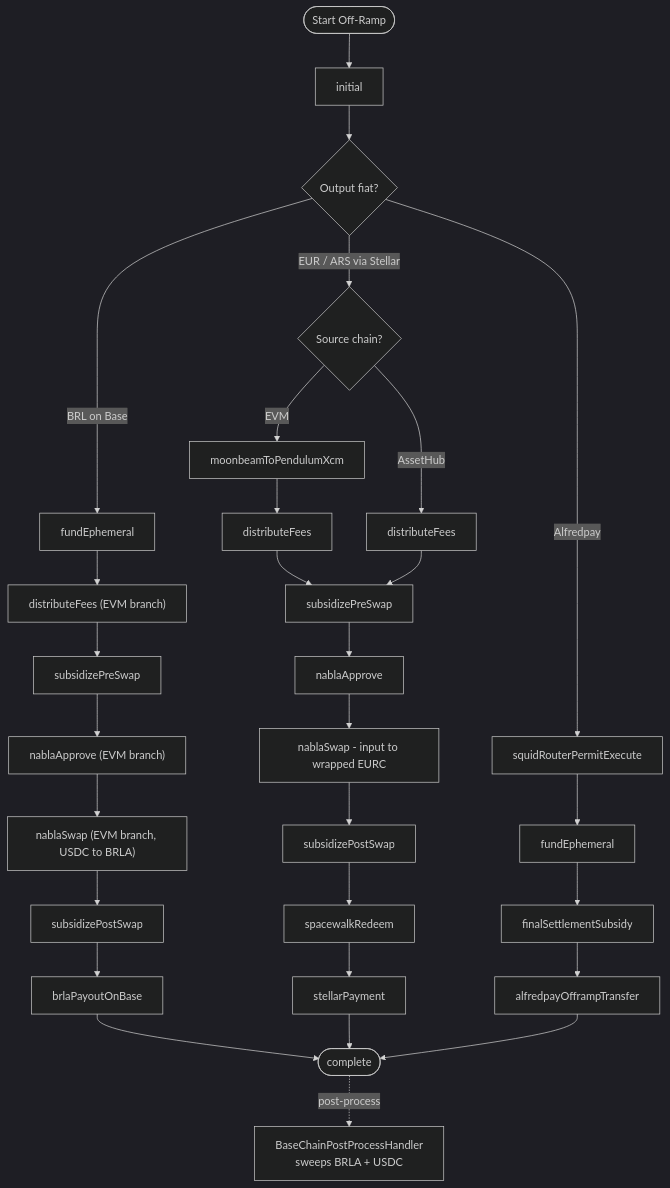
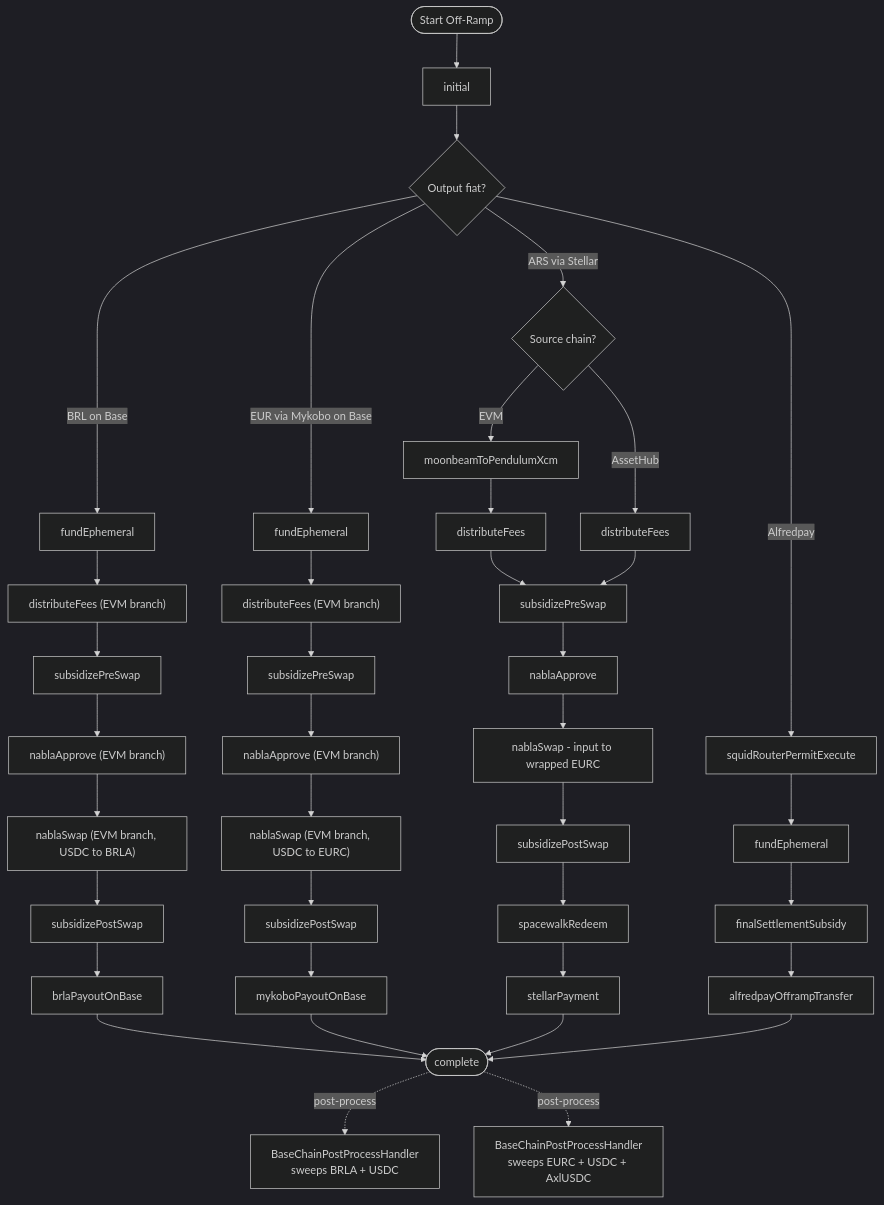
One commit to pendulum-chain/vortex changed the second of 2 diagrams in docs/security-spec/03-ramp-engine/ramp-phase-flows.md. Above: the diagram before and after it, drawn with Mermaid (dark theme). The commit also changed other lines of this file and 1 other file, not shown here.

First line of the commit message:
docs(security-spec): add Mykobo EUR-on-Base spec and update ramp phase flows

````diff
--- a/docs/security-spec/03-ramp-engine/ramp-phase-flows.md
+++ b/docs/security-spec/03-ramp-engine/ramp-phase-flows.md
@@ -115,40 +118,53 @@
 ```mermaid
 graph TD
     Start([Start Off-Ramp]) --> Init[initial]
     Init --> Corridor{Output fiat?}
 
     %% --- BRL via Avenia/BRLA on Base ---
     %% The user-signed Squid bridge (source EVM -> Base USDC) is submitted client-side
     %% before the backend runtime starts; squidRouterPay is a no-op for SELL.
     %% AssetHub -> BRL is temporarily disabled at quote eligibility.
     Corridor -->|BRL on Base| BrlFund[fundEphemeral]
     BrlFund --> BrlDistEvm["distributeFees (EVM branch)"]
     BrlDistEvm --> BrlSubPreEvm[subsidizePreSwap]
     BrlSubPreEvm --> BrlApproveEvm["nablaApprove (EVM branch)"]
     BrlApproveEvm --> BrlSwapEvm["nablaSwap (EVM branch, USDC to BRLA)"]
     BrlSwapEvm --> BrlSubPostEvm[subsidizePostSwap]
     BrlSubPostEvm --> BrlPayout[brlaPayoutOnBase]
     BrlPayout --> Complete([complete])
-    Complete -.post-process.-> BaseCleanup[BaseChainPostProcessHandler<br/>sweeps BRLA + USDC]
+    Complete -.post-process.-> BaseCleanupBrl[BaseChainPostProcessHandler<br/>sweeps BRLA + USDC]
 
-    %% --- Stellar-anchored fiat (EUR / ARS) ---
-    Corridor -->|EUR / ARS via Stellar| StellarStart{Source chain?}
+    %% --- EUR via Mykobo on Base ---
+    %% The user-signed Squid bridge (source EVM -> Base USDC) is submitted client-side
+    %% before the backend runtime starts. Replaces the legacy Stellar-anchored EUR off-ramp.
+    Corridor -->|EUR via Mykobo on Base| MykFund[fundEphemeral]
+    MykFund --> MykDistEvm["distributeFees (EVM branch)"]
+    MykDistEvm --> MykSubPreEvm[subsidizePreSwap]
+    MykSubPreEvm --> MykApproveEvm["nablaApprove (EVM branch)"]
+    MykApproveEvm --> MykSwapEvm["nablaSwap (EVM branch, USDC to EURC)"]
+    MykSwapEvm --> MykSubPostEvm[subsidizePostSwap]
+    MykSubPostEvm --> MykPayout[mykoboPayoutOnBase]
+    MykPayout --> Complete
+    Complete -.post-process.-> BaseCleanupEur[BaseChainPostProcessHandler<br/>sweeps EURC + USDC + AxlUSDC]
+
+    %% --- ARS via Stellar (EUR was migrated to Mykobo) ---
+    Corridor -->|ARS via Stellar| StellarStart{Source chain?}
     StellarStart -->|EVM| MoonToPendulum[moonbeamToPendulumXcm]
     StellarStart -->|AssetHub| AhDist[distributeFees]
     MoonToPendulum --> EvmDist[distributeFees]
     EvmDist --> SubPre[subsidizePreSwap]
     AhDist --> SubPre
     SubPre --> NablaApprove[nablaApprove]
     NablaApprove --> NablaSwap[nablaSwap - input to wrapped EURC]
     NablaSwap --> SubPost[subsidizePostSwap]
     SubPost --> Spacewalk[spacewalkRedeem]
     Spacewalk --> StellarPay[stellarPayment]
     StellarPay --> Complete
 
     %% --- Alfredpay ---
     Corridor -->|Alfredpay| AfPermit[squidRouterPermitExecute]
     AfPermit --> AfFund[fundEphemeral]
     AfFund --> AfFinalSubsidy[finalSettlementSubsidy]
     AfFinalSubsidy --> AfTransfer[alfredpayOfframpTransfer]
     AfTransfer --> Complete
 ```
````
